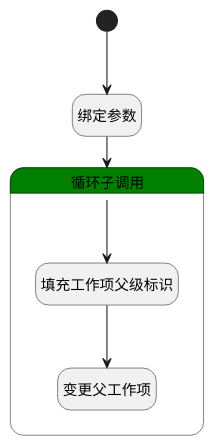
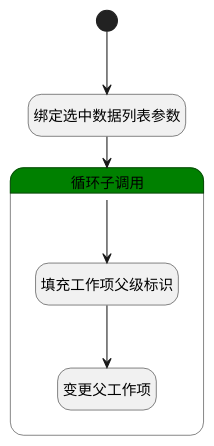
One commit to iBizLab/plm changed the diagram in doc/docsify/module/ProjMgmt/work_item/logic/change_parent.md. Above: the diagram before and after it, drawn with PlantUML. The commit also changed other lines of this file and 1778 other files, not shown here.

````diff
--- a/doc/docsify/module/ProjMgmt/work_item/logic/change_parent.md
+++ b/doc/docsify/module/ProjMgmt/work_item/logic/change_parent.md
@@ -7,26 +7,26 @@
 ```plantuml
 @startuml
 hide empty description
 <style>
 root {
   HyperlinkColor #42b983
 }
 </style>
 
 hide empty description
 state "开始" as Begin <<start>> [[$./change_parent#begin {"开始"}]]
-state "绑定参数" as BINDPARAM1  [[$./change_parent#bindparam1 {"绑定参数"}]]
+state "绑定选中数据列表参数" as BINDPARAM1  [[$./change_parent#bindparam1 {"绑定选中数据列表参数"}]]
 state "循环子调用" as LOOPSUBCALL1  [[$./change_parent#loopsubcall1 {"循环子调用"}]] #green {
 state "填充工作项父级标识" as PREPAREPARAM1  [[$./change_parent#prepareparam1 {"填充工作项父级标识"}]]
 state "变更父工作项" as DEACTION1  [[$./change_parent#deaction1 {"变更父工作项"}]]
 }
 
 
 Begin --> BINDPARAM1
 BINDPARAM1 --> LOOPSUBCALL1
 LOOPSUBCALL1 --> PREPAREPARAM1
 PREPAREPARAM1 --> DEACTION1
 
 
 @enduml
 ```
````
